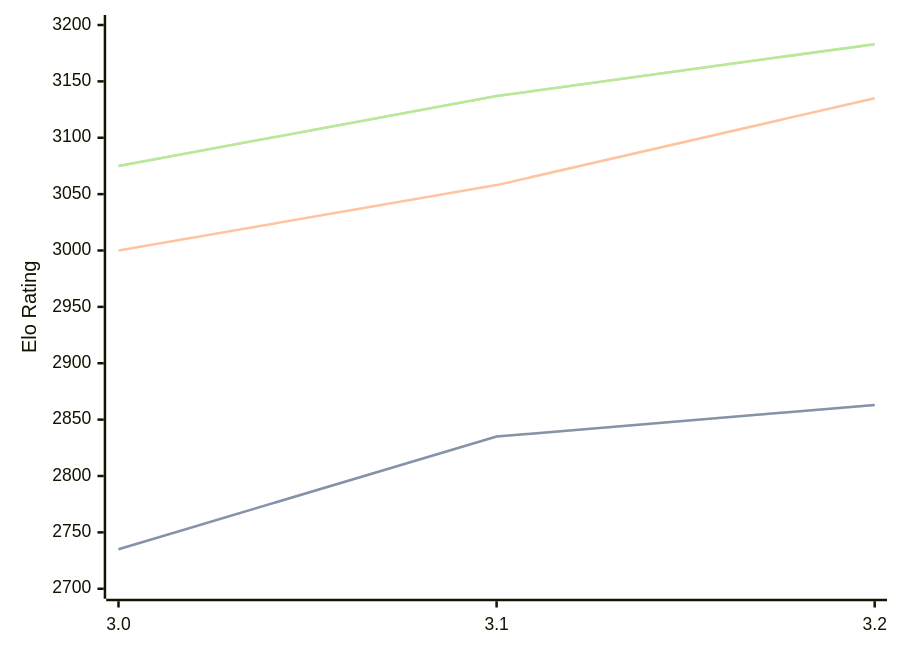
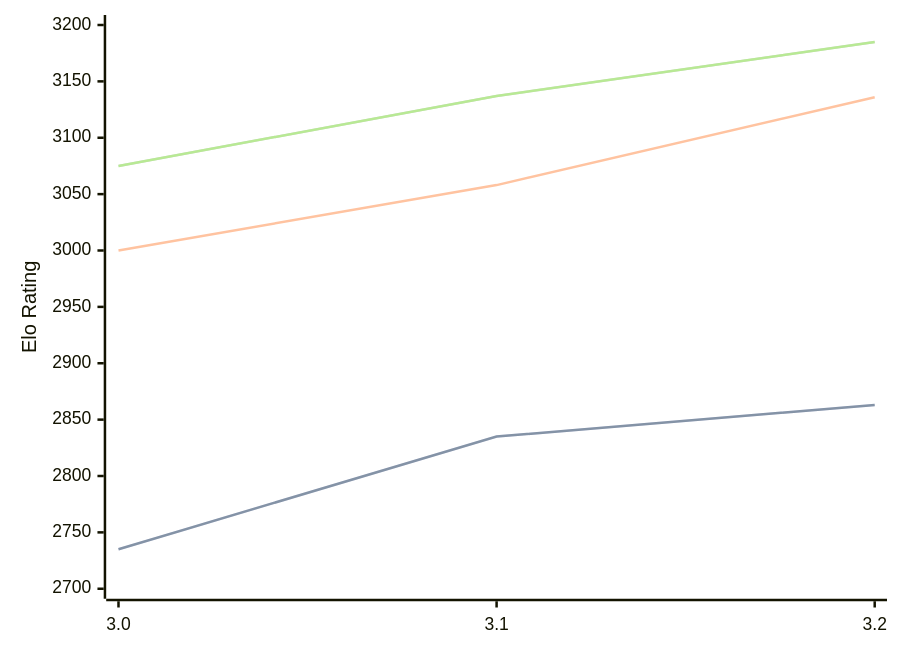
One commit to computer-chess-index/cci changed the diagram in engines/Vajolet2.md. Above: the diagram before and after it, drawn with Mermaid. The commit also changed other lines of this file, not shown here.

Commit message:
Update CCI Ratings (ELO VLTC) - 2026-09-26

````diff
--- a/engines/Vajolet2.md
+++ b/engines/Vajolet2.md
@@ -33,11 +33,11 @@
 ```mermaid
 %%{init: {"theme":"base","themeVariables":{"seriesColors:['#a3a3a3','#222221','#faa371']}}}%%
 xychart-beta
   x-axis ["3.0", "3.1", "3.2"]
   y-axis "Elo Rating" 2700 --> 3200
   line "" [2735, 2835, 2863]
   line "STC (8.0+0.08s)" [2735, 2835, 2863]
-  line "LTC (60.0+0.60s)" [3000, 3058, 3135]
-  line "" [3075, 3137, 3183]
-  line "VLTC (2m24s+1.12s)" [3075, 3137, 3183]
+  line "LTC (60.0+0.60s)" [3000, 3058, 3136]
+  line "" [3075, 3137, 3185]
+  line "VLTC (2m24s+1.12s)" [3075, 3137, 3185]
 ```
````
